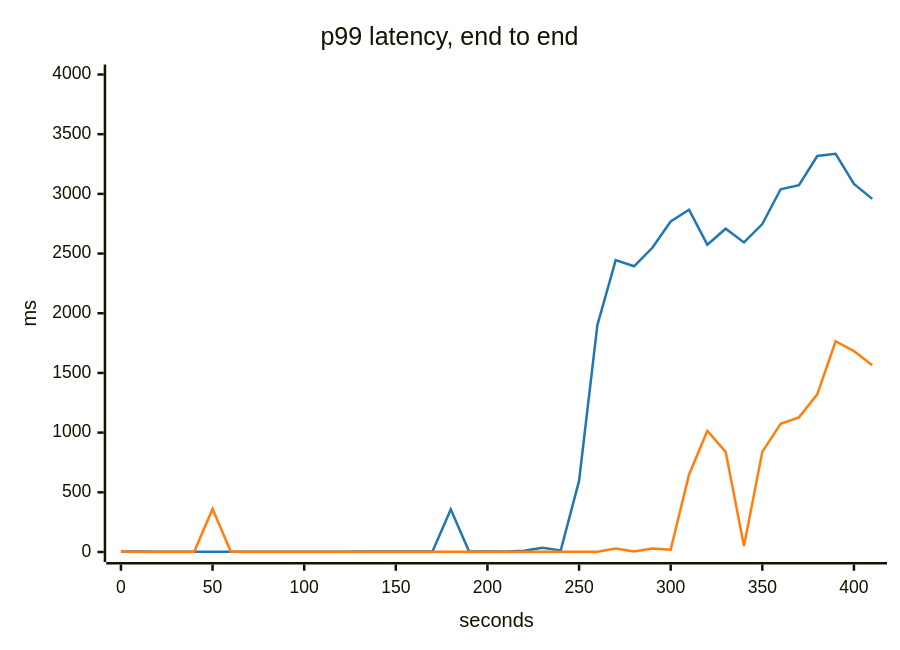
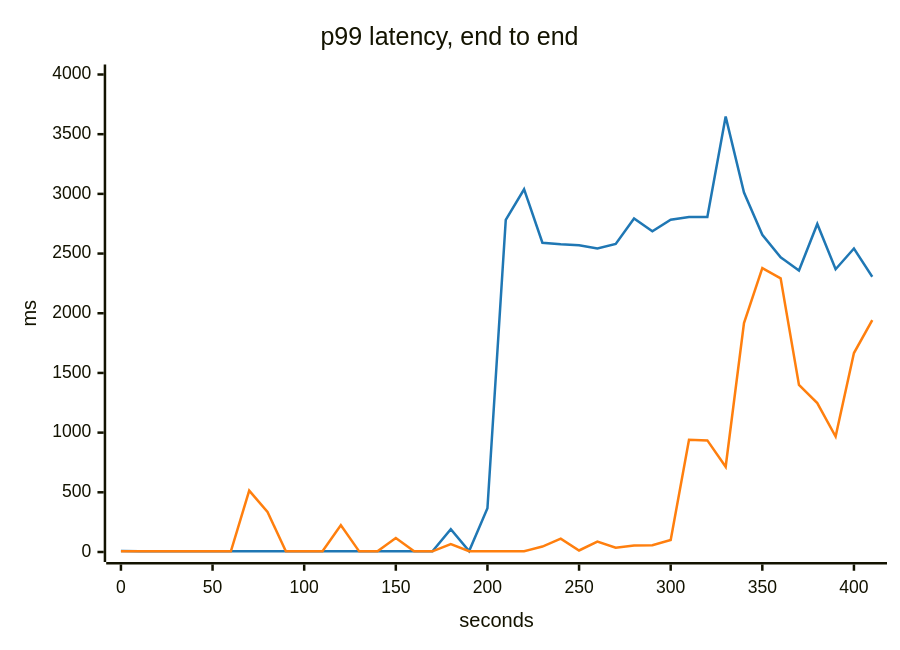
The second of 2 diagrams in scenarios/when-to-scale-your-database/solutions/one-query-per-page/compare.md (akinfemi/load-lore), drawn with Mermaid before and after one commit. The commit also changed other lines of this file and 125 other files, not shown here.

````diff
--- a/scenarios/when-to-scale-your-database/solutions/one-query-per-page/compare.md
+++ b/scenarios/when-to-scale-your-database/solutions/one-query-per-page/compare.md
@@ -52,15 +52,15 @@
 ```mermaid
 ---
 config:
   themeVariables:
     xyChart:
       backgroundColor: "transparent"
       plotColorPalette: "#1f77b4, #ff7f0e"
 ---
 xychart-beta
     title "p99 latency, end to end"
     x-axis "seconds" 0 --> 410
     y-axis "ms" 0 --> 4000
-    line [4.879, 3.688, 3.097, 3.002, 3, 3.073, 2.992, 2.986, 2.997, 2.967, 2.987, 3.102, 3.12, 3.279, 3.422, 3.411, 3.423, 3.369, 357.415, 3.844, 3.877, 4.448, 10.579, 34.566, 13.423, 595.363, 1901.259, 2445.075, 2393.578, 2548.622, 2768.541, 2867.222, 2574.209, 2708.093, 2592.994, 2747.355, 3038.948, 3073.071, 3316.966, 3335.182, 3083.322, 2957.882]
-    line [3.777, 2.716, 2.478, 2.441, 2.425, 360.771, 2.23, 2.443, 2.582, 2.289, 2.237, 2.207, 2.172, 2.194, 2.291, 2.424, 2.473, 2.746, 2.633, 2.477, 2.594, 2.769, 2.677, 2.795, 2.748, 2.821, 2.954, 28.235, 3.945, 29.951, 19.52, 647.599, 1015.781, 838.873, 49.813, 838.755, 1073.479, 1128.174, 1320.863, 1765.541, 1683.369, 1563.958]
+    line [9.265, 6.713, 6.517, 6.896, 6.454, 6.868, 6.248, 6.235, 6.335, 6.359, 6.226, 6.129, 6.352, 6.205, 6.339, 6.788, 6.869, 6.757, 190.952, 7.47, 366.165, 2782.758, 3038.611, 2590.931, 2578.86, 2570.211, 2542.08, 2580.926, 2794.358, 2687.12, 2784.041, 2807.068, 2805.788, 3647.436, 3011.196, 2657.485, 2468.793, 2357.676, 2747.873, 2368.695, 2542.571, 2305.382]
+    line [7.157, 5.776, 5.852, 5.675, 5.386, 5.377, 5.456, 513.878, 335.752, 5.912, 5.364, 7.022, 224.755, 5.313, 5.446, 116.363, 5.73, 5.706, 66.01, 6.366, 6.011, 6.403, 6.583, 45.633, 111.874, 12.961, 87.933, 36.54, 54.1, 56.242, 100.02, 939.832, 934.93, 714.093, 1918.3, 2378.344, 2292.249, 1398.951, 1247.144, 967.458, 1666.484, 1942.761]
 ```
````
